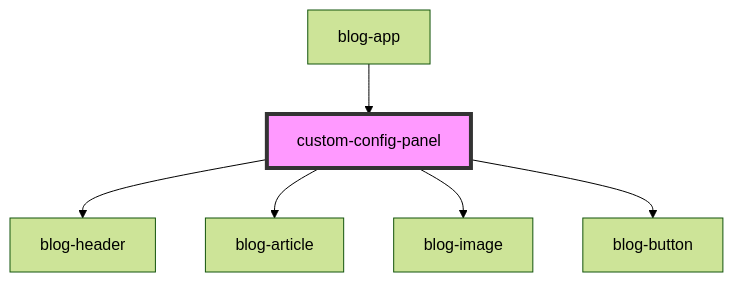
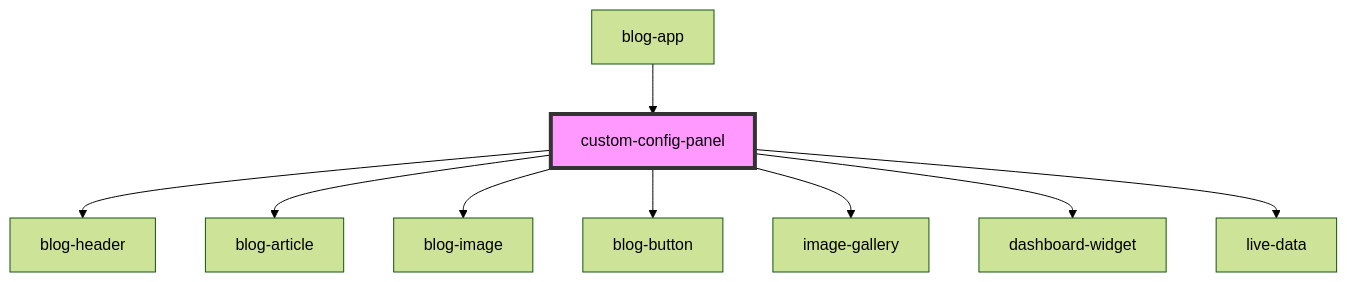
One commit to lucidworks/grid-builder-poc changed the diagram in stencil-grid-builder/src/demo/components/custom-config-panel/readme.md. Above: the diagram before and after it, drawn with Mermaid (forest theme). The commit also changed other lines of this file and 9 other files, not shown here.

````diff
--- a/stencil-grid-builder/src/demo/components/custom-config-panel/readme.md
+++ b/stencil-grid-builder/src/demo/components/custom-config-panel/readme.md
@@ -29,9 +32,12 @@
 ```mermaid
 graph TD;
   custom-config-panel --> blog-header
   custom-config-panel --> blog-article
   custom-config-panel --> blog-image
   custom-config-panel --> blog-button
+  custom-config-panel --> image-gallery
+  custom-config-panel --> dashboard-widget
+  custom-config-panel --> live-data
   blog-app --> custom-config-panel
   style custom-config-panel fill:#f9f,stroke:#333,stroke-width:4px
 ```
````
